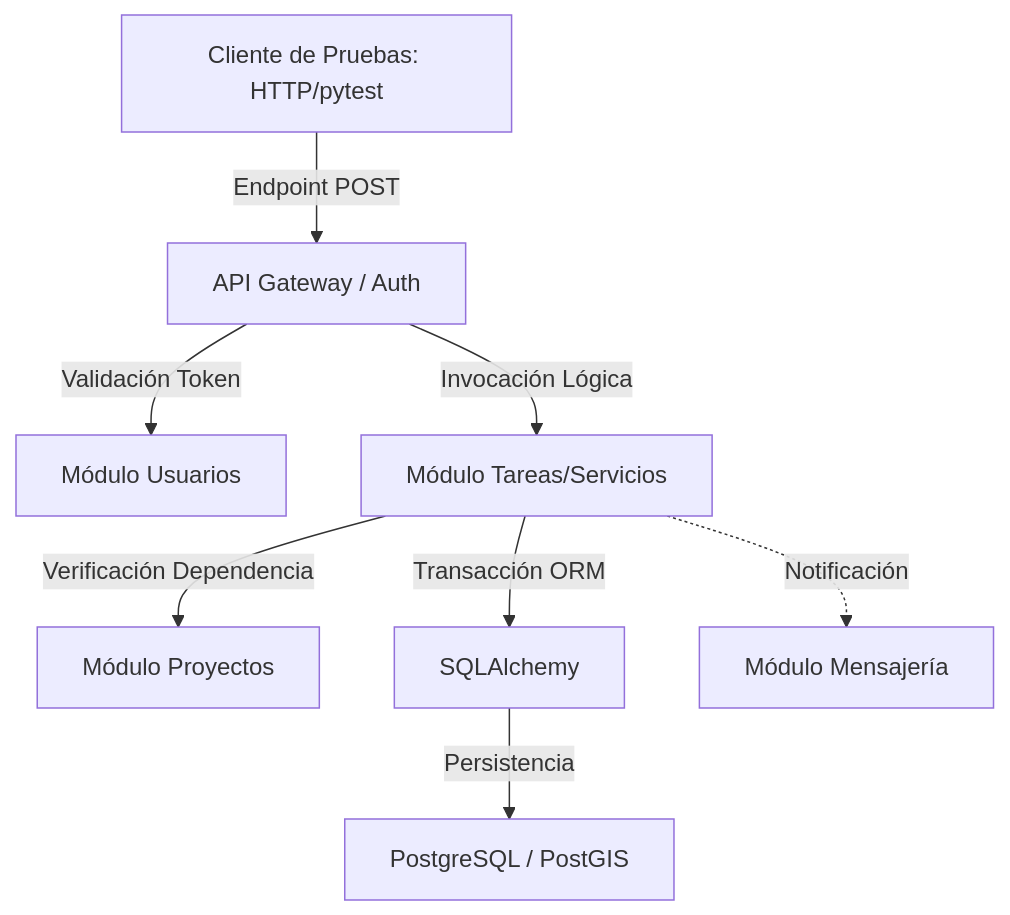
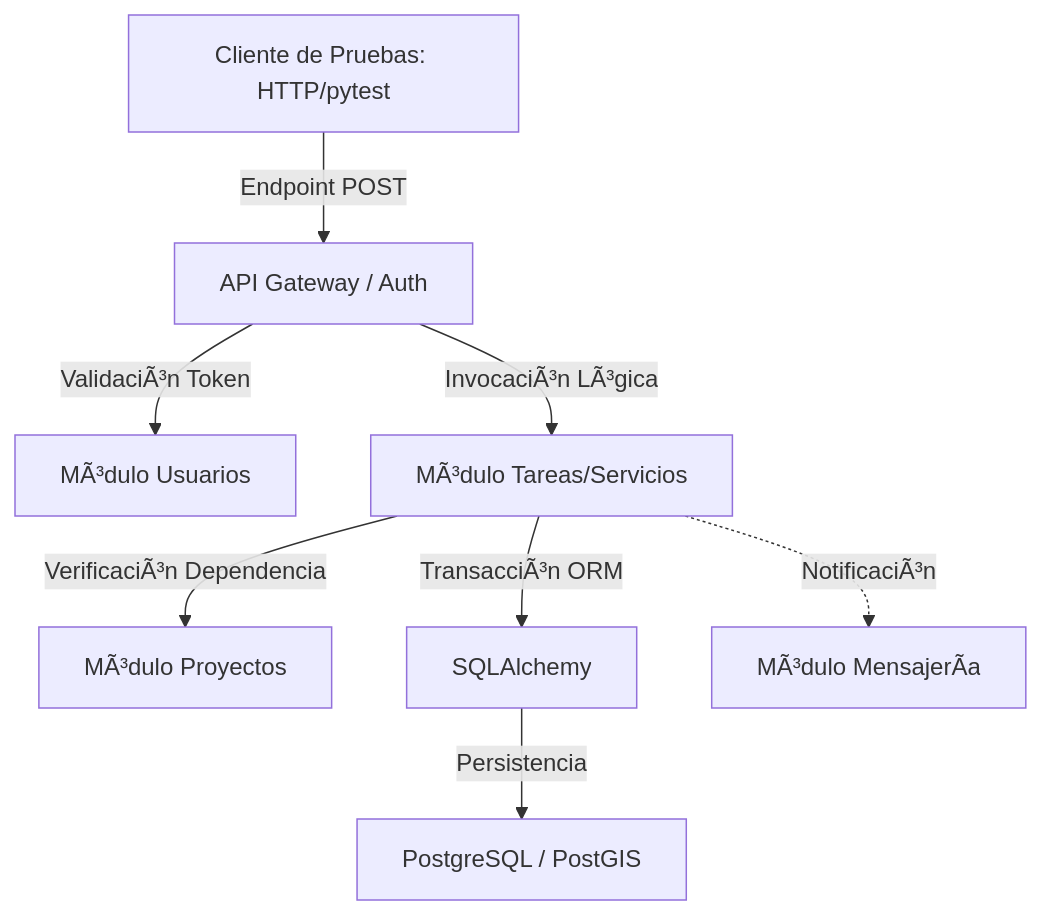
The diagram in tests-docs/01-plan-de-pruebas/05-plan-pruebas-integracion/plan-pruebas-integracion.md (escarabajo-rinoceronte/gestor-tareas-pruebas), drawn with Mermaid before and after one commit. The commit also changed other lines of this file and 39 other files, not shown here.

````diff
--- a/tests-docs/01-plan-de-pruebas/05-plan-pruebas-integracion/plan-pruebas-integracion.md
+++ b/tests-docs/01-plan-de-pruebas/05-plan-pruebas-integracion/plan-pruebas-integracion.md
@@ -61,10 +110,10 @@
 ```mermaid
 graph TD
     A[Cliente de Pruebas: HTTP/pytest] -->|Endpoint POST| B[API Gateway / Auth]
-    B -->|Validación Token| C[Módulo Usuarios]
-    B -->|Invocación Lógica| E[Módulo Tareas/Servicios]
-    E -->|Verificación Dependencia| D[Módulo Proyectos]
-    E -->|Transacción ORM| F[SQLAlchemy]
+    B -->|ValidaciÃ³n Token| C[MÃ³dulo Usuarios]
+    B -->|InvocaciÃ³n LÃ³gica| E[MÃ³dulo Tareas/Servicios]
+    E -->|VerificaciÃ³n Dependencia| D[MÃ³dulo Proyectos]
+    E -->|TransacciÃ³n ORM| F[SQLAlchemy]
     F -->|Persistencia| G[PostgreSQL / PostGIS]
-    E -.->|Notificación| H[Módulo Mensajería]
+    E -.->|NotificaciÃ³n| H[MÃ³dulo MensajerÃ­a]
 ```
````
